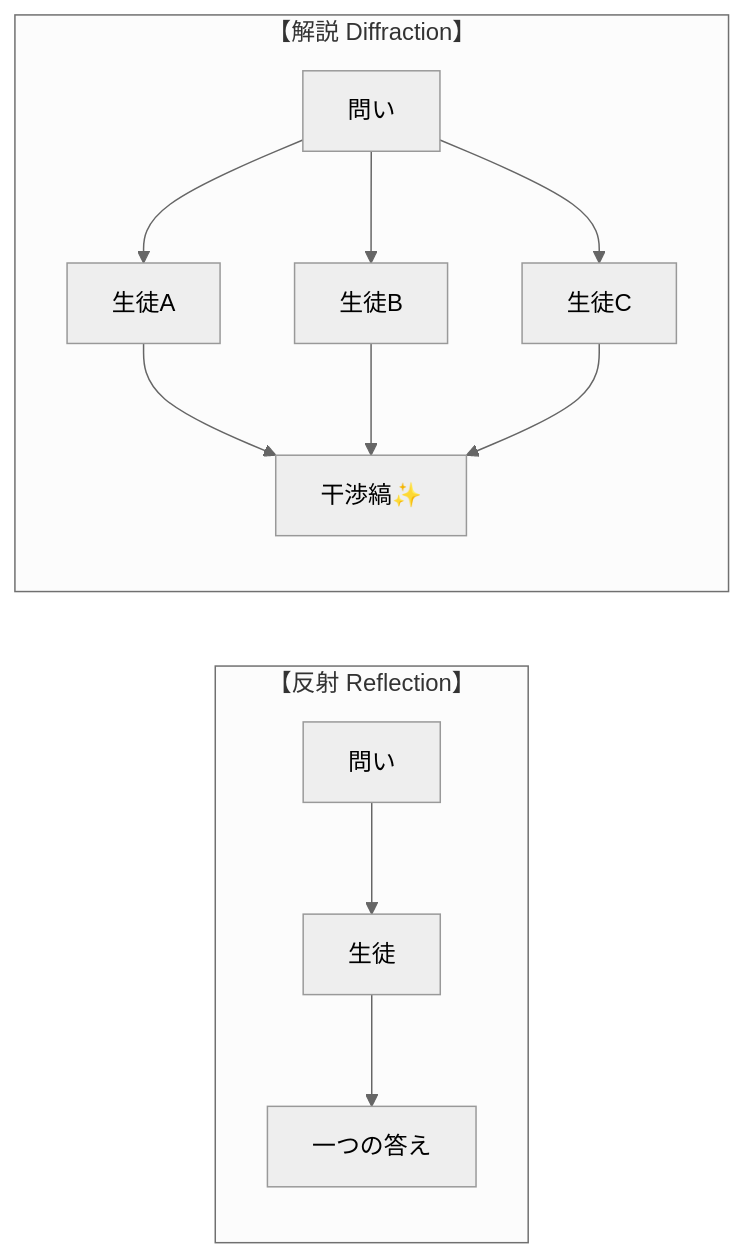
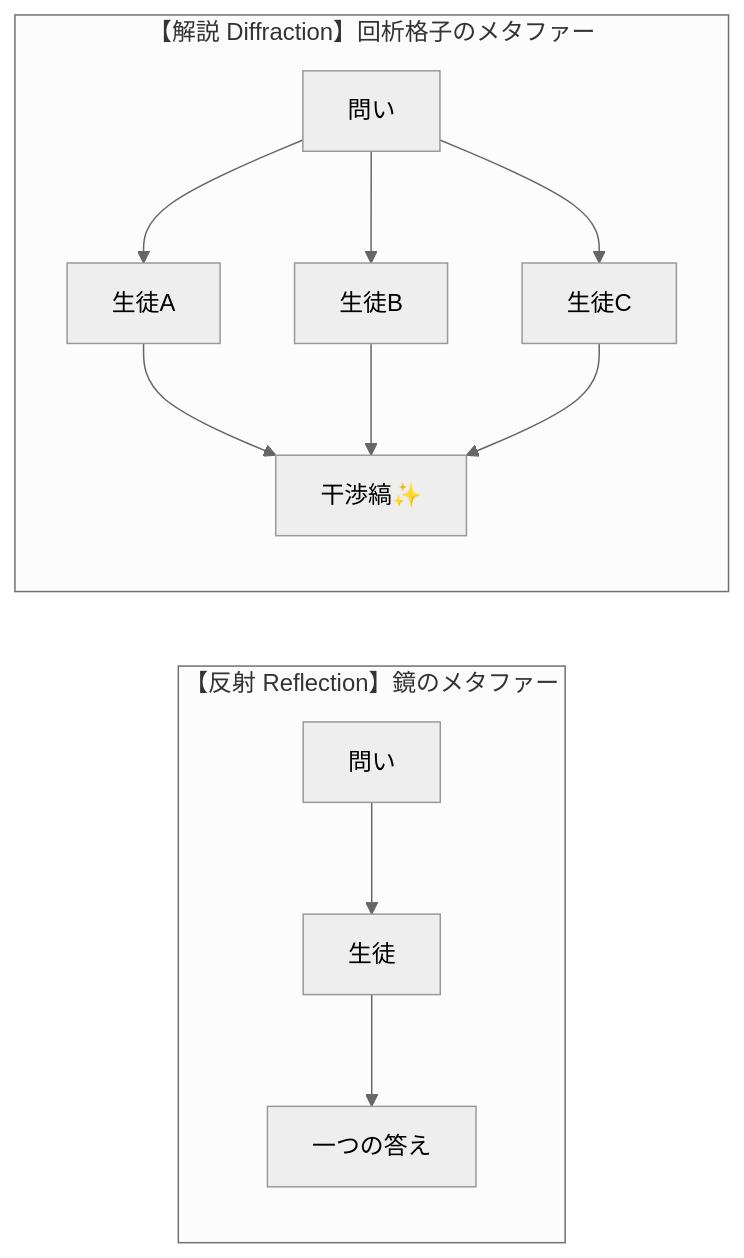
The second of 8 diagrams in kaetsu-ariake-ai-kenshu-02-20260325.md (VOMOYA/nalba-ai-education-report), drawn with Mermaid (neutral theme) before and after one commit. The commit also changed other lines of this file, not shown here.

````diff
--- a/kaetsu-ariake-ai-kenshu-02-20260325.md
+++ b/kaetsu-ariake-ai-kenshu-02-20260325.md
@@ -65,15 +67,15 @@
 ```mermaid
 graph LR
-    subgraph 反射["【反射 Reflection】"]
+    subgraph 反射["【反射 Reflection】鏡のメタファー"]
         Q1[問い] --> S1[生徒]
         S1 --> A1[一つの答え]
     end
-    subgraph 解説["【解説 Diffraction】"]
+    subgraph 解説["【解説 Diffraction】回析格子のメタファー"]
         Q2[問い] --> SA[生徒A]
         Q2 --> SB[生徒B]
         Q2 --> SC[生徒C]
         SA --> INT[干渉縞✨]
         SB --> INT
         SC --> INT
     end
 ```
````
